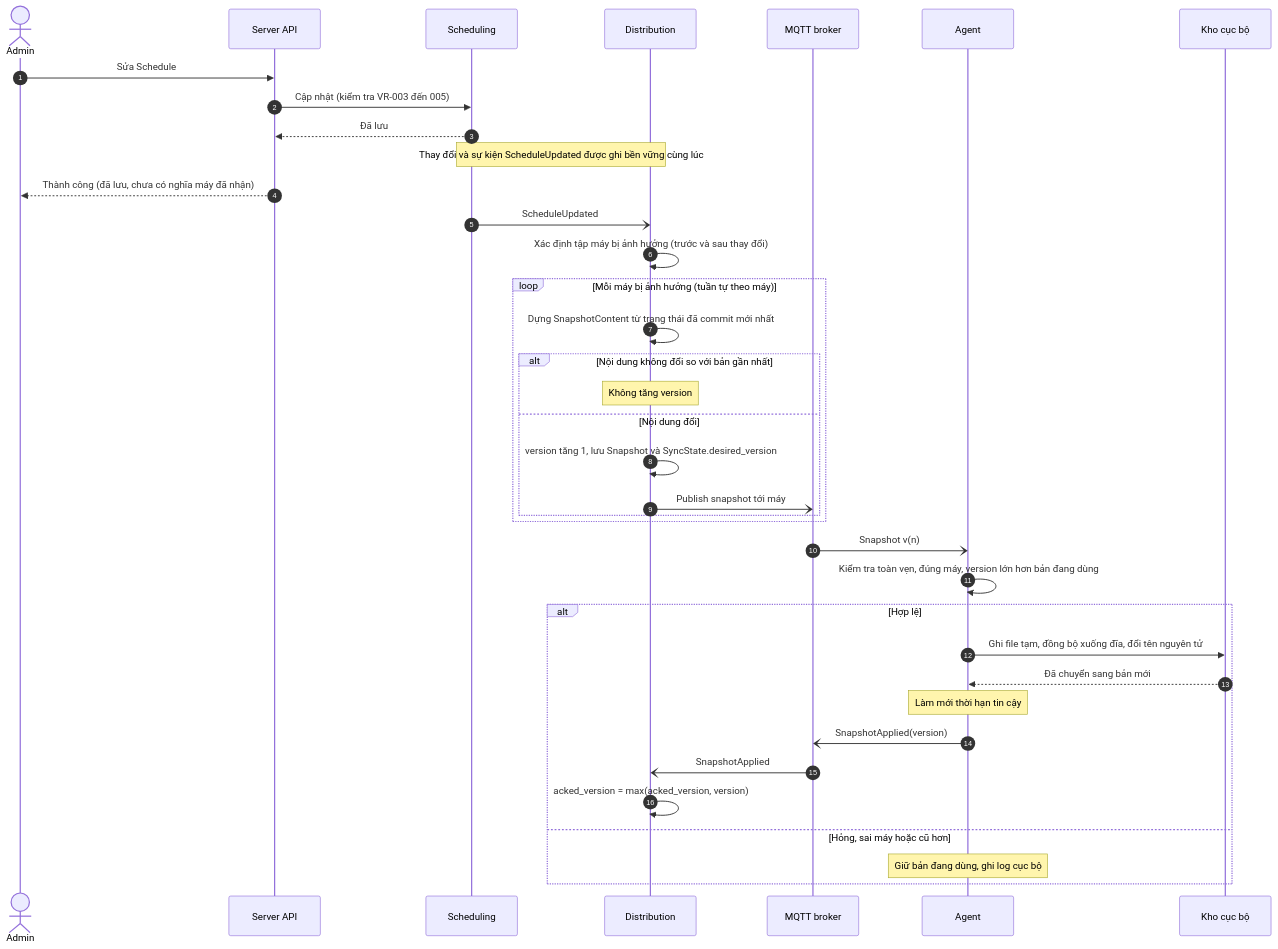
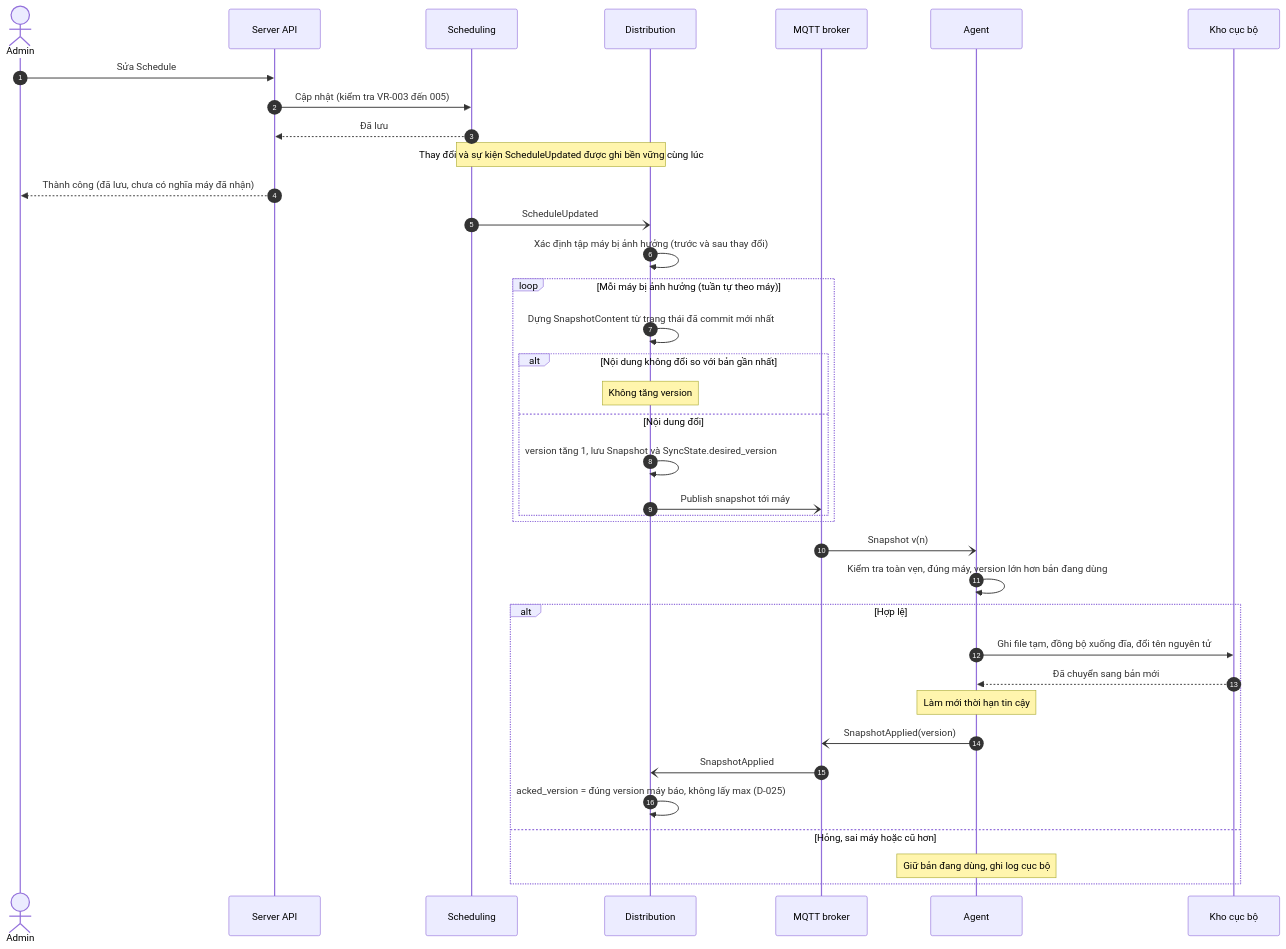
The diagram in design/docs/05-behavior/sequences/schedule-sync.md (binhtoong21/linux-access-control), drawn with Mermaid before and after one commit. The commit also changed 9 other files, not shown here.

First line of the commit message:
docs: Align diagrams and claims with later decisions and evidence (#21)

````diff
--- a/design/docs/05-behavior/sequences/schedule-sync.md
+++ b/design/docs/05-behavior/sequences/schedule-sync.md
@@ -10,40 +10,40 @@
 ```mermaid
 sequenceDiagram
     autonumber
     actor Ad as Admin
     participant API as Server API
     participant Sch as Scheduling
     participant D as Distribution
     participant B as MQTT broker
     participant A as Agent
     participant K as Kho cục bộ
 
     Ad->>API: Sửa Schedule
     API->>Sch: Cập nhật (kiểm tra VR-003 đến 005)
     Sch-->>API: Đã lưu
     Note over Sch,D: Thay đổi và sự kiện ScheduleUpdated được ghi bền vững cùng lúc
     API-->>Ad: Thành công (đã lưu, chưa có nghĩa máy đã nhận)
     Sch-)D: ScheduleUpdated
     D->>D: Xác định tập máy bị ảnh hưởng (trước và sau thay đổi)
     loop Mỗi máy bị ảnh hưởng (tuần tự theo máy)
         D->>D: Dựng SnapshotContent từ trạng thái đã commit mới nhất
         alt Nội dung không đổi so với bản gần nhất
             Note over D: Không tăng version
         else Nội dung đổi
             D->>D: version tăng 1, lưu Snapshot và SyncState.desired_version
             D-)B: Publish snapshot tới máy
         end
     end
     B-)A: Snapshot v(n)
     A->>A: Kiểm tra toàn vẹn, đúng máy, version lớn hơn bản đang dùng
     alt Hợp lệ
         A->>K: Ghi file tạm, đồng bộ xuống đĩa, đổi tên nguyên tử
         K-->>A: Đã chuyển sang bản mới
         Note over A: Làm mới thời hạn tin cậy
         A-)B: SnapshotApplied(version)
         B-)D: SnapshotApplied
-        D->>D: acked_version = max(acked_version, version)
+        D->>D: acked_version = đúng version máy báo, không lấy max (D-025)
     else Hỏng, sai máy hoặc cũ hơn
         Note over A: Giữ bản đang dùng, ghi log cục bộ
     end
 ```
````
